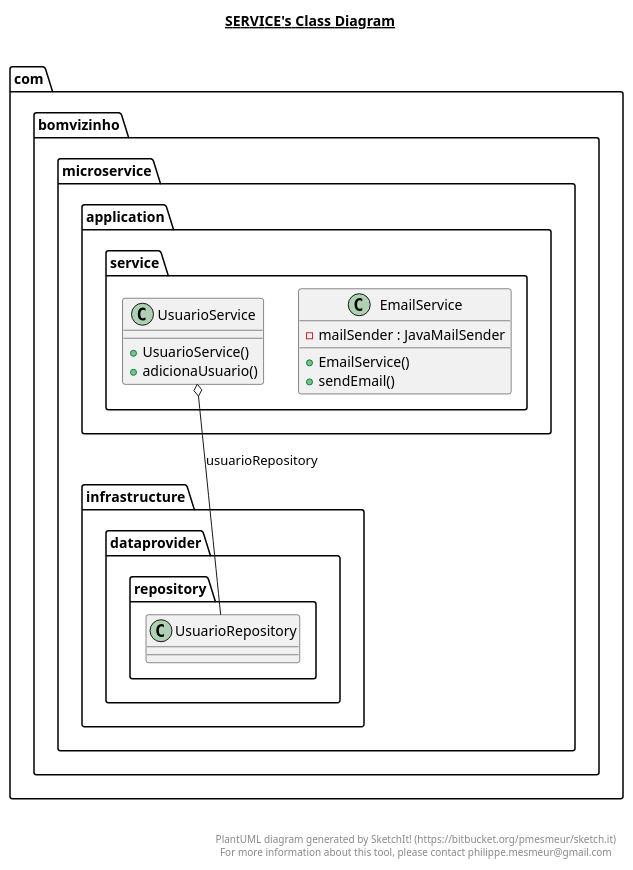
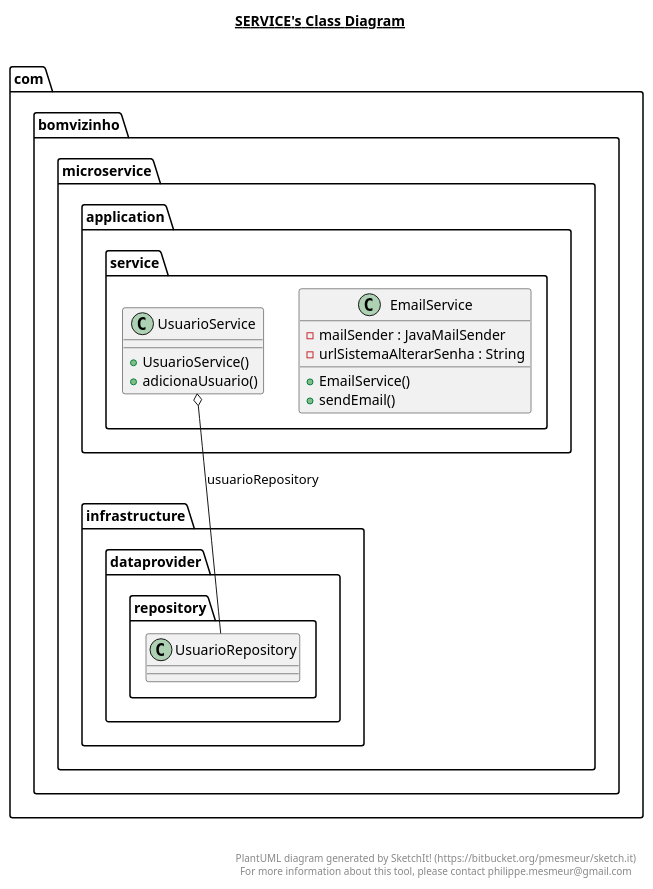
One commit to viniciustavanoferreira/voluntariado-backend changed the diagram in src/main/java/com/bomvizinho/microservice/application/service/service.plantuml. Above: the diagram before and after it, drawn with PlantUML. The commit also changed 21 other files, not shown here.

Commit message:
feat: add plantuml and return service when create or uptade

```diff
--- a/src/main/java/com/bomvizinho/microservice/application/service/service.plantuml
+++ b/src/main/java/com/bomvizinho/microservice/application/service/service.plantuml
@@ -1,36 +1,37 @@
 @startuml
 
 title __SERVICE's Class Diagram__\n
 
   namespace com.bomvizinho.microservice {
     namespace application.service {
       class com.bomvizinho.microservice.application.service.EmailService {
           - mailSender : JavaMailSender
+          - urlSistemaAlterarSenha : String
           + EmailService()
           + sendEmail()
       }
     }
   }
   
 
   namespace com.bomvizinho.microservice {
     namespace application.service {
       class com.bomvizinho.microservice.application.service.UsuarioService {
           + UsuarioService()
           + adicionaUsuario()
       }
     }
   }
   
 
   com.bomvizinho.microservice.application.service.UsuarioService o-- com.bomvizinho.microservice.infrastructure.dataprovider.repository.UsuarioRepository : usuarioRepository
 
 
 right footer
 
 
 PlantUML diagram generated by SketchIt! (https://bitbucket.org/pmesmeur/sketch.it)
 For more information about this tool, please contact philippe.mesmeur@gmail.com
 endfooter
 
 @enduml
```
